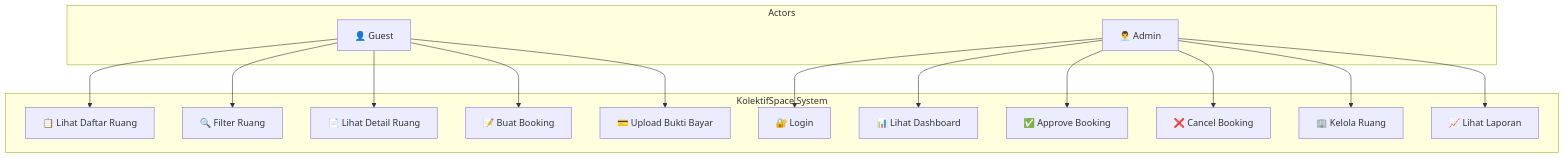
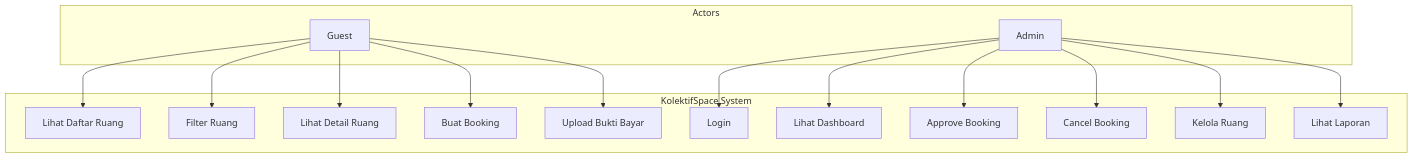
Before and after one commit to yoo23-haidar/kolektifspacebooking: the seventh of 7 diagrams in docs/DIAGRAMS.md, drawn with Mermaid. The commit also changed other lines of this file and 1 other file, not shown here.

Commit message:
Remove all emojis from README and DIAGRAMS

````diff
--- a/docs/DIAGRAMS.md
+++ b/docs/DIAGRAMS.md
@@ -259,34 +259,34 @@
 ```mermaid
 flowchart TB
     subgraph Actors
-        Guest["👤 Guest"]
-        Admin["👨‍💼 Admin"]
+        Guest["Guest"]
+        Admin["Admin"]
     end
     
     subgraph "KolektifSpace System"
-        UC1["📋 Lihat Daftar Ruang"]
-        UC2["🔍 Filter Ruang"]
-        UC3["📄 Lihat Detail Ruang"]
-        UC4["📝 Buat Booking"]
-        UC5["💳 Upload Bukti Bayar"]
-        UC6["🔐 Login"]
-        UC7["📊 Lihat Dashboard"]
-        UC8["✅ Approve Booking"]
-        UC9["❌ Cancel Booking"]
-        UC10["🏢 Kelola Ruang"]
-        UC11["📈 Lihat Laporan"]
+        UC1["Lihat Daftar Ruang"]
+        UC2["Filter Ruang"]
+        UC3["Lihat Detail Ruang"]
+        UC4["Buat Booking"]
+        UC5["Upload Bukti Bayar"]
+        UC6["Login"]
+        UC7["Lihat Dashboard"]
+        UC8["Approve Booking"]
+        UC9["Cancel Booking"]
+        UC10["Kelola Ruang"]
+        UC11["Lihat Laporan"]
     end
     
     Guest --> UC1
     Guest --> UC2
     Guest --> UC3
     Guest --> UC4
     Guest --> UC5
     
     Admin --> UC6
     Admin --> UC7
     Admin --> UC8
     Admin --> UC9
     Admin --> UC10
     Admin --> UC11
 ```
````
